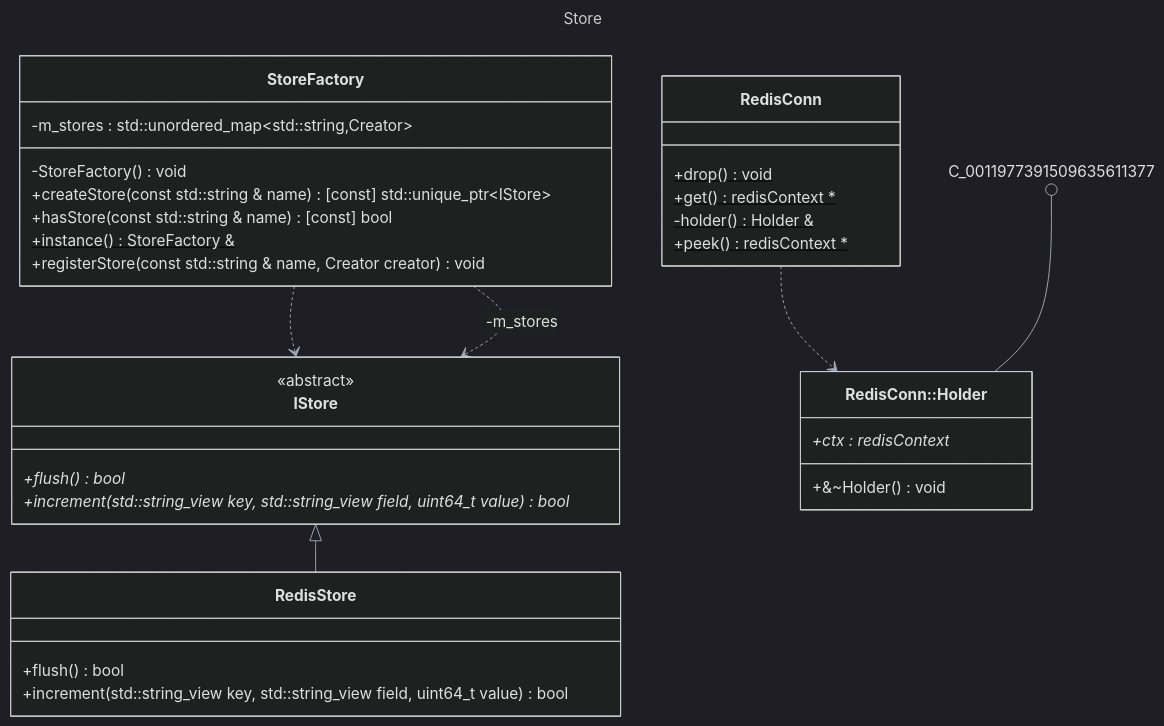
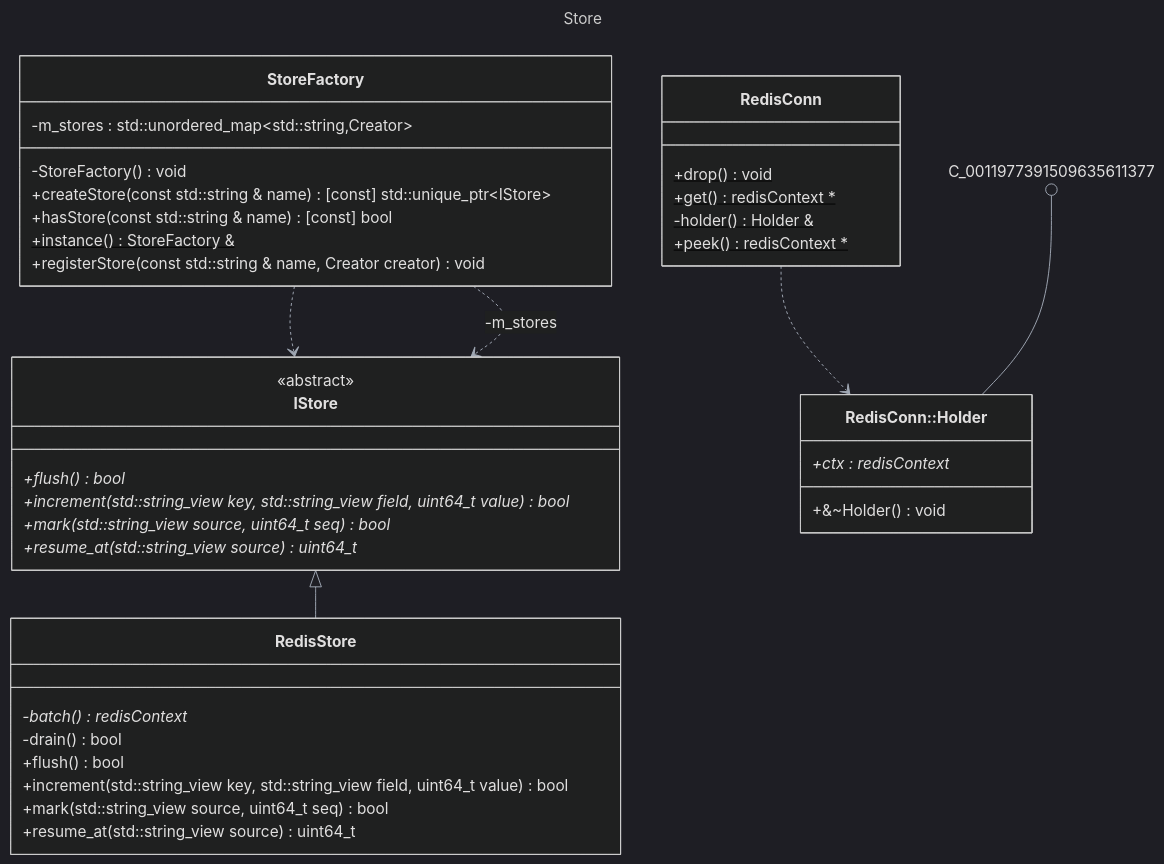
One commit to shalom2552/cdr-processor changed the eighth of 8 diagrams in docs/Class_Diagrams.md. Above: the diagram before and after it, drawn with Mermaid. The commit also changed other lines of this file and 5 other files, not shown here.

Commit message:
chore(uml): update uml diagrams

````diff
--- a/docs/Class_Diagrams.md
+++ b/docs/Class_Diagrams.md
@@ -655,45 +667,51 @@
 ```mermaid
 ---
 title: Store
 ---
 %%{init: {"theme": "dark", "themeVariables": {"lineColor": "#a0a8b4"}}}%%
 classDiagram
     class C_0012987976901397680227["IStore"]
     class C_0012987976901397680227 {
         <<abstract>>
         +flush() bool*
         +increment(std::string_view key, std::string_view field, uint64_t value) bool*
-    }
-    class C_0009211040578075549081["RedisStore"]
-    class C_0009211040578075549081 {
-        +flush() bool
-        +increment(std::string_view key, std::string_view field, uint64_t value) bool
+        +mark(std::string_view source, uint64_t seq) bool*
+        +resume_at(std::string_view source) uint64_t*
     }
     class C_0011977391509635611377["RedisConn"]
     class C_0011977391509635611377 {
         +drop() void$
         +get() redisContext *$
         -holder() Holder &$
         +peek() redisContext *$
     }
     class C_0017910353137964553875["RedisConn::Holder"]
     class C_0017910353137964553875 {
         +&#126;Holder() void
         +ctx : redisContext *
     }
     class C_0002612628033574347004["StoreFactory"]
     class C_0002612628033574347004 {
         -StoreFactory() void
         +createStore(const std::string & name) [const] std::unique_ptr&lt;IStore&gt;
         +hasStore(const std::string & name) [const] bool
         +instance() StoreFactory &$
         +registerStore(const std::string & name, Creator creator) void
         -m_stores : std::unordered_map&lt;std::string,Creator&gt;
     }
-    C_0012987976901397680227 <|-- C_0009211040578075549081 : 
+    class C_0009211040578075549081["RedisStore"]
+    class C_0009211040578075549081 {
+        -batch() redisContext *
+        -drain() bool
+        +flush() bool
+        +increment(std::string_view key, std::string_view field, uint64_t value) bool
+        +mark(std::string_view source, uint64_t seq) bool
+        +resume_at(std::string_view source) uint64_t
+    }
     C_0011977391509635611377 ..> C_0017910353137964553875 : 
     C_0011977391509635611377 ()-- C_0017910353137964553875 : 
     C_0002612628033574347004 ..> C_0012987976901397680227 : 
     C_0002612628033574347004 ..> C_0012987976901397680227 : -m_stores
+    C_0012987976901397680227 <|-- C_0009211040578075549081 : 
 
 ```
````
